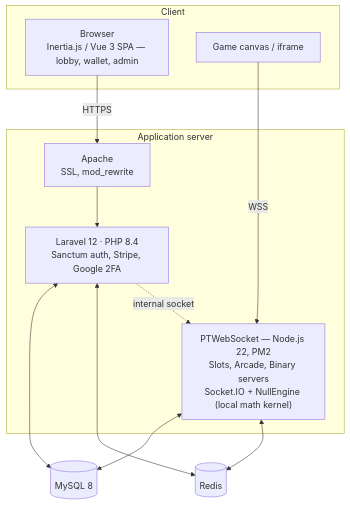
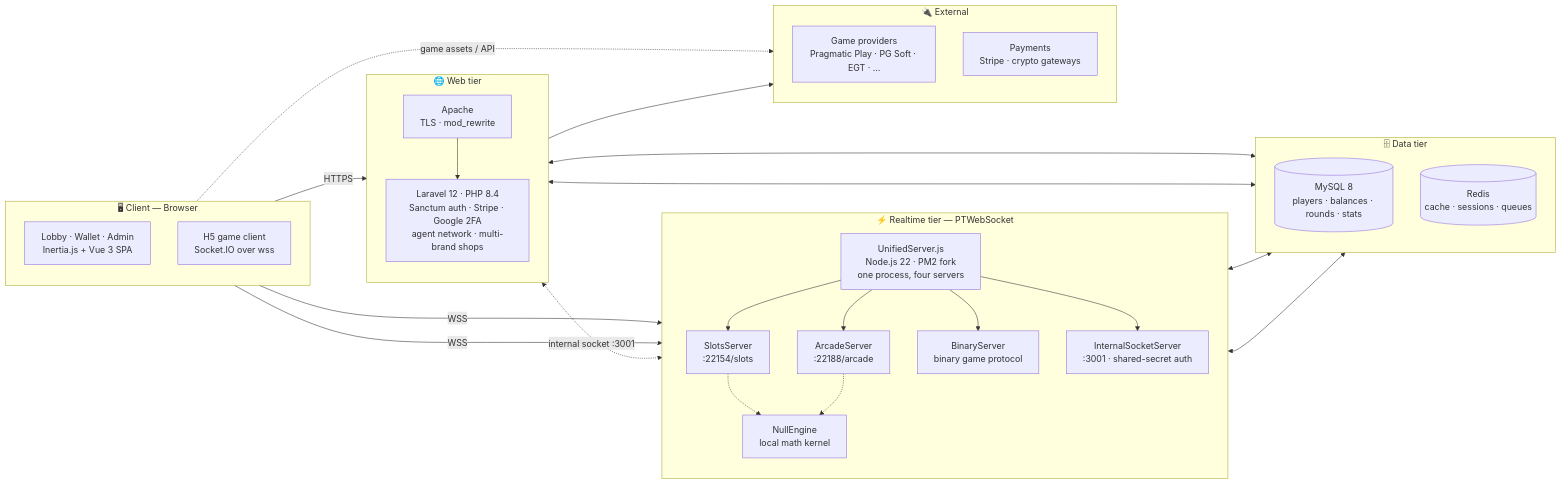
The first of 2 diagrams in README.md (ZeusbyteInc/goldsvet), drawn with Mermaid before and after one commit. The commit also changed other lines of this file, not shown here.

Commit message:
Overhaul architecture section: tiered diagram, spin lifecycle, component map

````diff
--- a/README.md
+++ b/README.md
@@ -76,25 +80,54 @@
 ```mermaid
-flowchart TB
-    subgraph client["Client"]
-        B["Browser<br>Inertia.js / Vue 3 SPA — lobby, wallet, admin"]
-        G["Game canvas / iframe"]
+flowchart LR
+    subgraph client["🖥 Client — Browser"]
+        direction TB
+        SPA["Lobby · Wallet · Admin<br>Inertia.js + Vue 3 SPA"]
+        H5["H5 game client<br>Socket.IO over wss"]
     end
 
-    subgraph app["Application server"]
-        A["Apache<br>SSL, mod_rewrite"]
-        L["Laravel 12 · PHP 8.4<br>Sanctum auth, Stripe, Google 2FA"]
-        N["PTWebSocket — Node.js 22, PM2<br>Slots, Arcade, Binary servers<br>Socket.IO + NullEngine (local math kernel)"]
+    subgraph web["🌐 Web tier"]
+        direction TB
+        TLS["Apache<br>TLS · mod_rewrite"]
+        PHP["Laravel 12 · PHP 8.4<br>Sanctum auth · Stripe · Google 2FA<br>agent network · multi-brand shops"]
     end
 
-    DB[("MySQL 8")]
-    R[("Redis")]
+    subgraph realtime["⚡ Realtime tier — PTWebSocket"]
+        direction TB
+        UNI["UnifiedServer.js<br>Node.js 22 · PM2 fork<br>one process, four servers"]
+        SLOT["SlotsServer<br>:22154/slots"]
+        ARC["ArcadeServer<br>:22188/arcade"]
+        BIN["BinaryServer<br>binary game protocol"]
+        ISC["InternalSocketServer<br>:3001 · shared-secret auth"]
+        KERNEL["NullEngine<br>local math kernel"]
+        UNI --> SLOT
+        UNI --> ARC
+        UNI --> BIN
+        UNI --> ISC
+        SLOT -.-> KERNEL
+        ARC -.-> KERNEL
+    end
 
-    B -->|HTTPS| A
-    A --> L
-    G -->|WSS| N
-    L <--> DB
-    L <--> R
-    N <--> DB
-    N <--> R
-    L -.->|internal socket| N
+    subgraph data["🗄 Data tier"]
+        direction TB
+        MY[("MySQL 8<br>players · balances · rounds · stats")]
+        RD[("Redis<br>cache · sessions · queues")]
+    end
+
+    subgraph ext["🔌 External"]
+        direction TB
+        PRV["Game providers<br>Pragmatic Play · PG Soft · EGT · …"]
+        PAY["Payments<br>Stripe · crypto gateways"]
+    end
+
+    SPA -->|HTTPS| TLS
+    TLS --> PHP
+    H5 -->|WSS| SLOT
+    H5 -->|WSS| ARC
+    H5 -.->|game assets / API| PRV
+    PHP <--> MY
+    PHP <--> RD
+    UNI <--> MY
+    UNI <--> RD
+    PHP <-.->|internal socket :3001| ISC
+    PHP --> PAY
 ```
````
